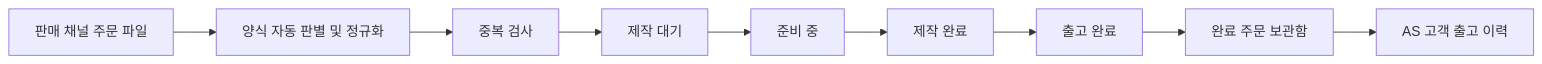
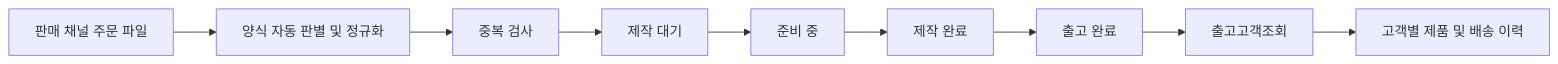
One commit to jiyoon99/order-workflow-windows changed the diagram in README.md. Above: the diagram before and after it, drawn with Mermaid. The commit also changed other lines of this file and 4 other files, not shown here.

````diff
--- a/README.md
+++ b/README.md
@@ -48,11 +48,11 @@
 ```mermaid
 flowchart LR
     A[판매 채널 주문 파일] --> B[양식 자동 판별 및 정규화]
     B --> C[중복 검사]
     C --> D[제작 대기]
     D --> E[준비 중]
     E --> F[제작 완료]
     F --> G[출고 완료]
-    G --> H[완료 주문 보관함]
-    H --> I[AS 고객 출고 이력]
+    G --> H[출고고객조회]
+    H --> I[고객별 제품 및 배송 이력]
 ```
````
